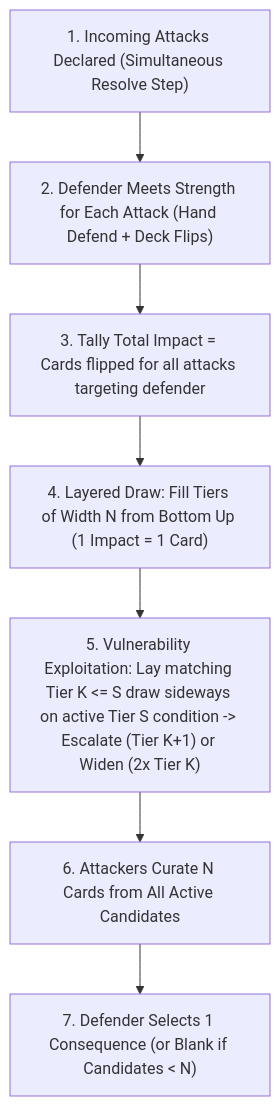
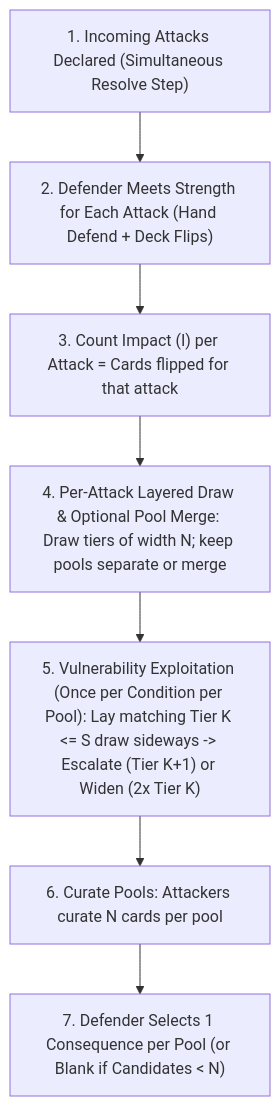
Before and after one commit to tdimiduk/cardpg: the diagram in design/iteration/resolution/candidates/consequence-pool-tag-escalation/README.md, drawn with Mermaid. The commit also changed other lines of this file and 4 other files, not shown here.

````diff
--- a/design/iteration/resolution/candidates/consequence-pool-tag-escalation/README.md
+++ b/design/iteration/resolution/candidates/consequence-pool-tag-escalation/README.md
@@ -32,9 +32,9 @@
 ```mermaid
 flowchart TD
     A["1. Incoming Attacks Declared (Simultaneous Resolve Step)"] --> B["2. Defender Meets Strength for Each Attack (Hand Defend + Deck Flips)"]
-    B --> C["3. Tally Total Impact = Cards flipped for all attacks targeting defender"]
-    C --> D["4. Layered Draw: Fill Tiers of Width N from Bottom Up (1 Impact = 1 Card)"]
-    D --> E["5. Vulnerability Exploitation: Lay matching Tier K <= S draw sideways on active Tier S condition -> Escalate (Tier K+1) or Widen (2x Tier K)"]
-    E --> F["6. Attackers Curate N Cards from All Active Candidates"]
-    F --> G["7. Defender Selects 1 Consequence (or Blank if Candidates < N)"]
+    B --> C["3. Count Impact (I) per Attack = Cards flipped for that attack"]
+    C --> D["4. Per-Attack Layered Draw & Optional Pool Merge: Draw tiers of width N; keep pools separate or merge"]
+    D --> E["5. Vulnerability Exploitation (Once per Condition per Pool): Lay matching Tier K <= S draw sideways -> Escalate (Tier K+1) or Widen (2x Tier K)"]
+    E --> F["6. Curate Pools: Attackers curate N cards per pool"]
+    F --> G["7. Defender Selects 1 Consequence per Pool (or Blank if Candidates < N)"]
 ```
````
